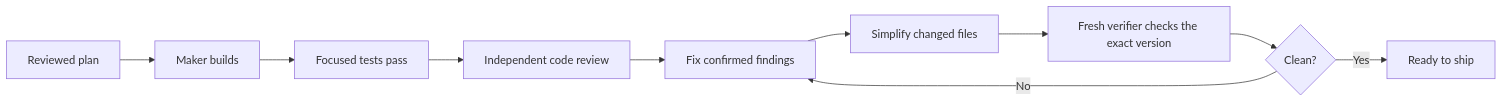
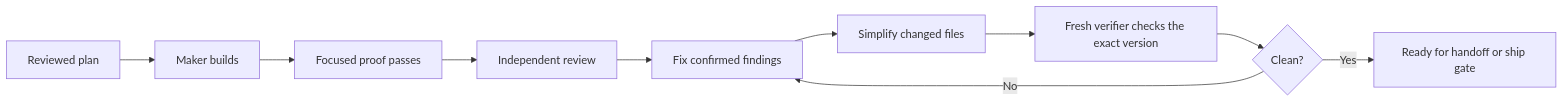
The sixth of 7 diagrams in README.md (sabirmgd/terminal-first-goal-loop), drawn with Mermaid before and after one commit. The commit also changed other lines of this file and 33 other files, not shown here.

````diff
--- a/README.md
+++ b/README.md
@@ -164,12 +205,12 @@
 ```mermaid
 flowchart LR
     P["Reviewed plan"] --> M["Maker builds"]
-    M --> T["Focused tests pass"]
-    T --> R["Independent code review"]
+    M --> T["Focused proof passes"]
+    T --> R["Independent review"]
     R --> F["Fix confirmed findings"]
     F --> S["Simplify changed files"]
     S --> V["Fresh verifier checks the exact version"]
     V --> D{"Clean?"}
     D -- No --> F
-    D -- Yes --> G["Ready to ship"]
+    D -- Yes --> G["Ready for handoff or ship gate"]
 ```
````
